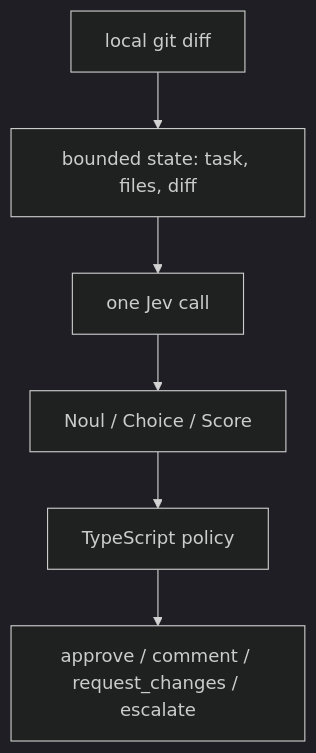
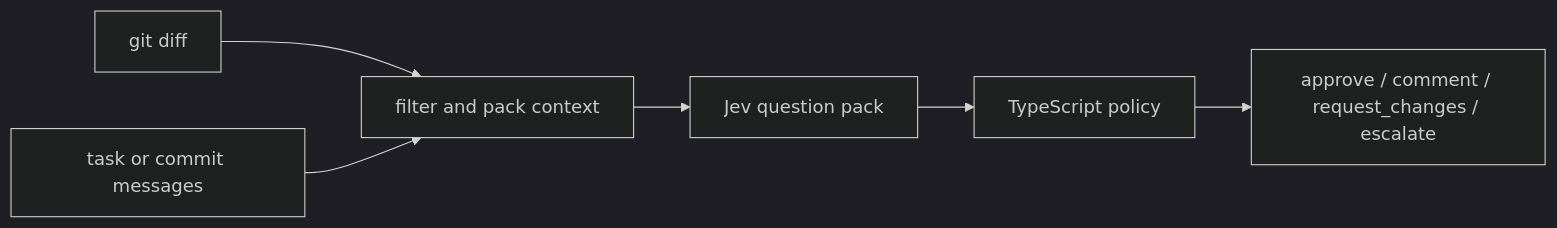
Before and after one commit to manojlds/stacktoheap: the second of 3 diagrams in src/content/blog/jev-doesnt-write-review-comments.mdx, drawn with Mermaid (dark theme). The commit also changed other lines of this file, not shown here.

Commit message:
blog: reframe Jev introduction and review experiments

````diff
--- a/src/content/blog/jev-doesnt-write-review-comments.mdx
+++ b/src/content/blog/jev-doesnt-write-review-comments.mdx
@@ -41,8 +164,8 @@
 ```mermaid
-flowchart TB
-  Diff[local git diff] --> State[bounded state: task, files, diff]
-  State --> Jev[one Jev call]
-  Jev --> Answers[Noul / Choice / Score]
-  Answers --> Policy[TypeScript policy]
-  Policy --> Decision[approve / comment / request_changes / escalate]
+flowchart LR
+  Diff[git diff] --> Pack[filter and pack context]
+  Task[task or commit messages] --> Pack
+  Pack --> Jev[Jev question pack]
+  Jev --> Policy[TypeScript policy]
+  Policy --> Result[approve / comment / request_changes / escalate]
 ```
````
